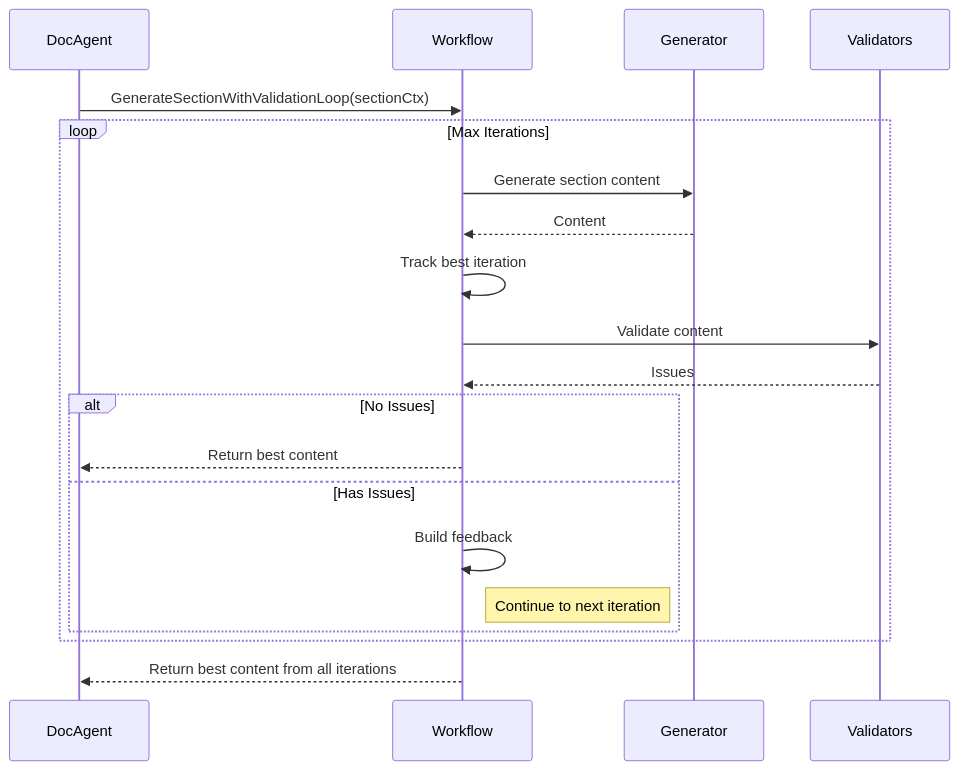
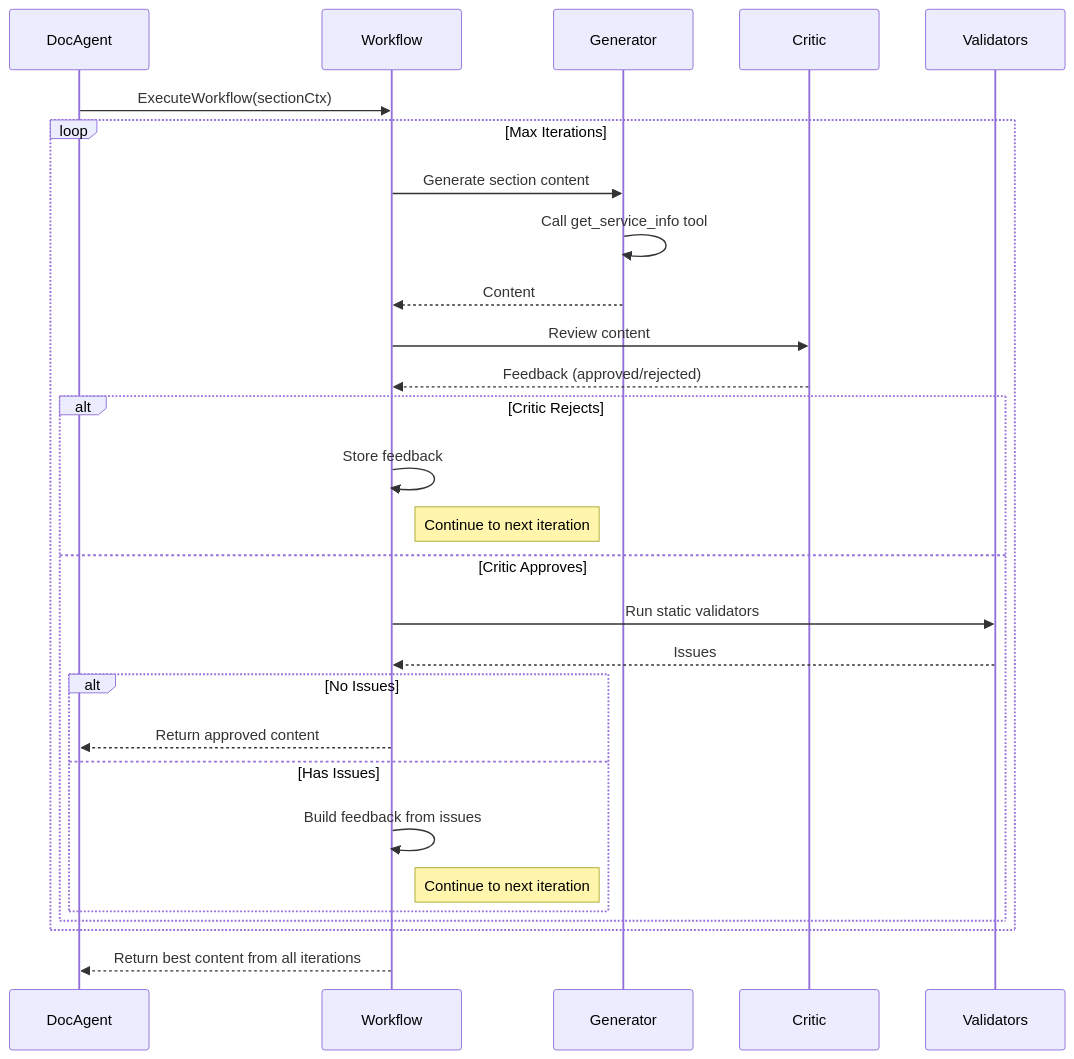
Before and after one commit to elastic/elastic-package: the third of 5 diagrams in internal/llmagent/README.md, drawn with Mermaid. The commit also changed other lines of this file, not shown here.

````diff
--- a/internal/llmagent/README.md
+++ b/internal/llmagent/README.md
@@ -242,28 +337,36 @@
 ```mermaid
 sequenceDiagram
     participant DA as DocAgent
     participant WF as Workflow
     participant GEN as Generator
+    participant CRT as Critic
     participant VAL as Validators
     
-    DA->>WF: GenerateSectionWithValidationLoop(sectionCtx)
+    DA->>WF: ExecuteWorkflow(sectionCtx)
     
     loop Max Iterations
         WF->>GEN: Generate section content
+        GEN->>GEN: Call get_service_info tool
         GEN-->>WF: Content
         
-        WF->>WF: Track best iteration
+        WF->>CRT: Review content
+        CRT-->>WF: Feedback (approved/rejected)
         
-        WF->>VAL: Validate content
-        VAL-->>WF: Issues
-        
-        alt No Issues
-            WF-->>DA: Return best content
-        else Has Issues
-            WF->>WF: Build feedback
+        alt Critic Rejects
+            WF->>WF: Store feedback
             Note right of WF: Continue to next iteration
+        else Critic Approves
+            WF->>VAL: Run static validators
+            VAL-->>WF: Issues
+            
+            alt No Issues
+                WF-->>DA: Return approved content
+            else Has Issues
+                WF->>WF: Build feedback from issues
+                Note right of WF: Continue to next iteration
+            end
         end
     end
     
     WF-->>DA: Return best content from all iterations
 ```
````
